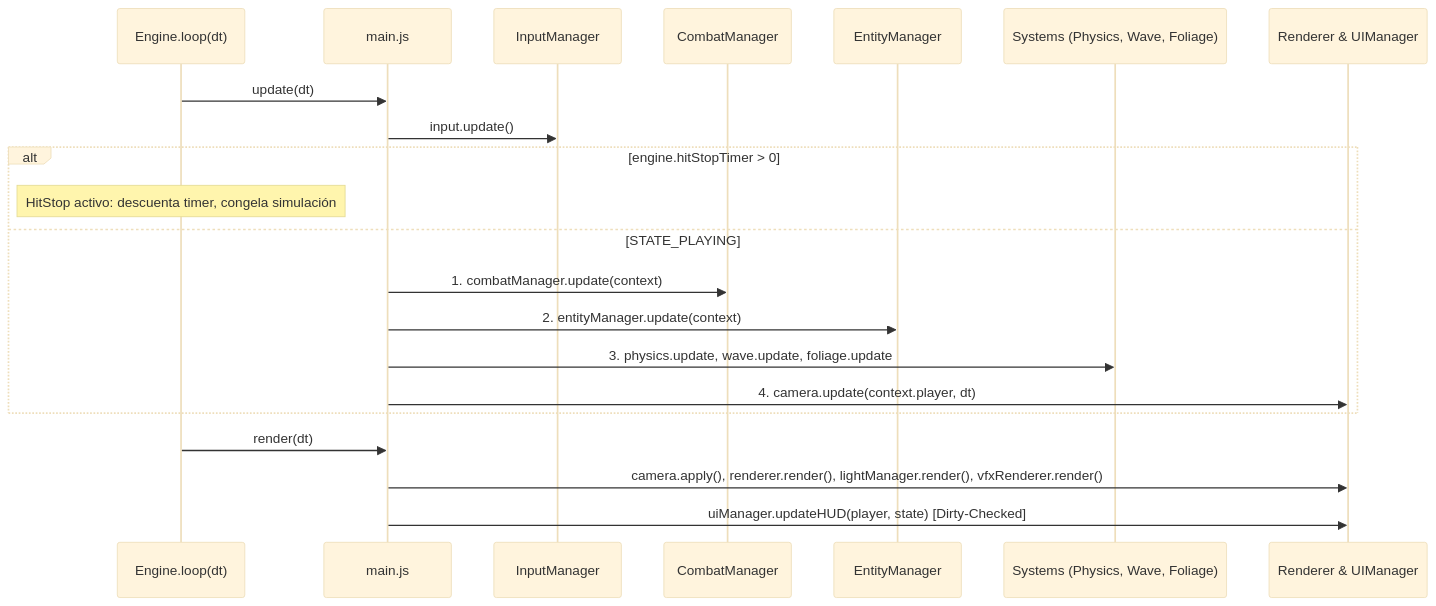
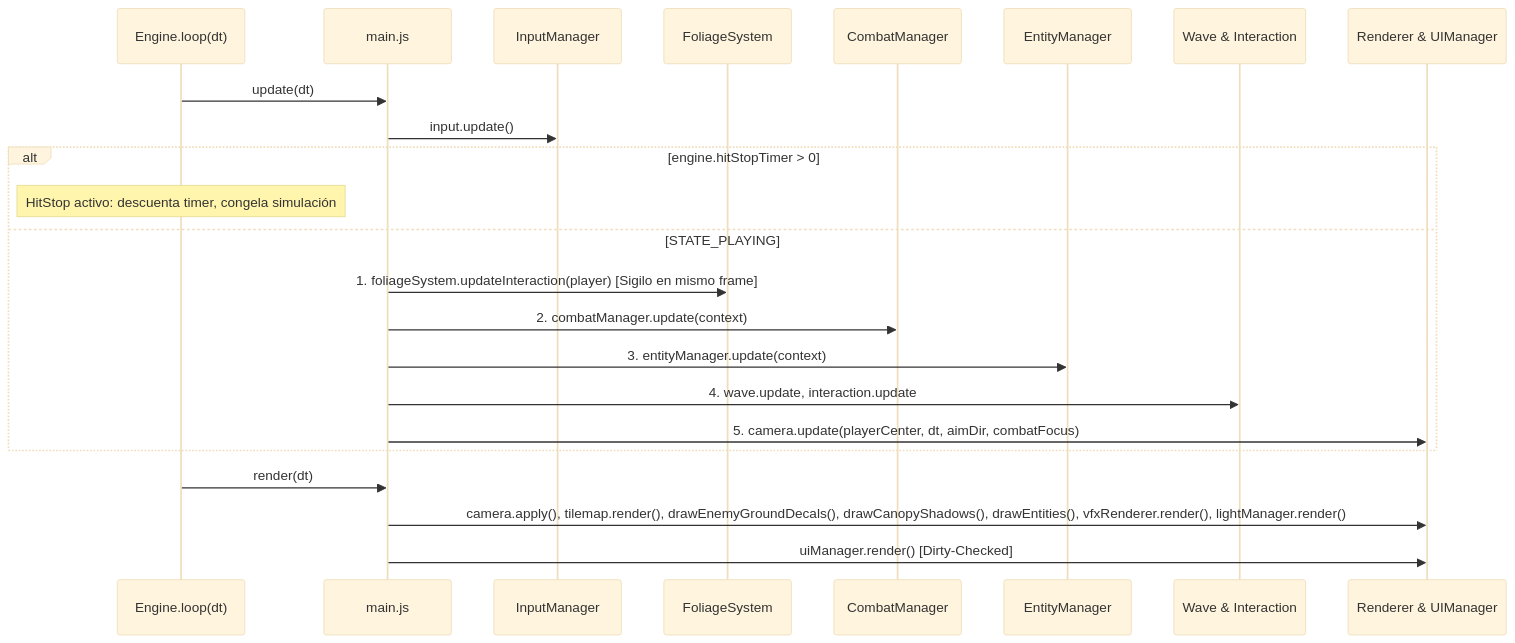
One commit to santiagorivero0203-gif/A-new-game changed the second of 2 diagrams in gemini/ARCHITECTURE.md. Above: the diagram before and after it, drawn with Mermaid (base theme). The commit also changed other lines of this file and 14 other files, not shown here.

Commit message:
perf(engine): optimizar game loop zero-gc, capas de render pixel-art 16-bit y mecanicas de sigilo/combate

````diff
--- a/gemini/ARCHITECTURE.md
+++ b/gemini/ARCHITECTURE.md
@@ -107,24 +113,26 @@
 ```mermaid
 sequenceDiagram
   participant RAF as Engine.loop(dt)
   participant MAIN as main.js
   participant IN as InputManager
+  participant FOL as FoliageSystem
   participant CM as CombatManager
   participant EM as EntityManager
-  participant SYS as Systems (Physics, Wave, Foliage)
+  participant SYS as Wave & Interaction
   participant REN as Renderer & UIManager
 
   RAF->>MAIN: update(dt)
   MAIN->>IN: input.update()
   alt engine.hitStopTimer > 0
     Note over RAF: HitStop activo: descuenta timer, congela simulación
   else STATE_PLAYING
-    MAIN->>CM: 1. combatManager.update(context)
-    MAIN->>EM: 2. entityManager.update(context)
-    MAIN->>SYS: 3. physics.update, wave.update, foliage.update
-    MAIN->>REN: 4. camera.update(context.player, dt)
+    MAIN->>FOL: 1. foliageSystem.updateInteraction(player) [Sigilo en mismo frame]
+    MAIN->>CM: 2. combatManager.update(context)
+    MAIN->>EM: 3. entityManager.update(context)
+    MAIN->>SYS: 4. wave.update, interaction.update
+    MAIN->>REN: 5. camera.update(playerCenter, dt, aimDir, combatFocus)
   end
   RAF->>MAIN: render(dt)
-  MAIN->>REN: camera.apply(), renderer.render(), lightManager.render(), vfxRenderer.render()
-  MAIN->>REN: uiManager.updateHUD(player, state) [Dirty-Checked]
+  MAIN->>REN: camera.apply(), tilemap.render(), drawEnemyGroundDecals(), drawCanopyShadows(), drawEntities(), vfxRenderer.render(), lightManager.render()
+  MAIN->>REN: uiManager.render() [Dirty-Checked]
 ```
````
